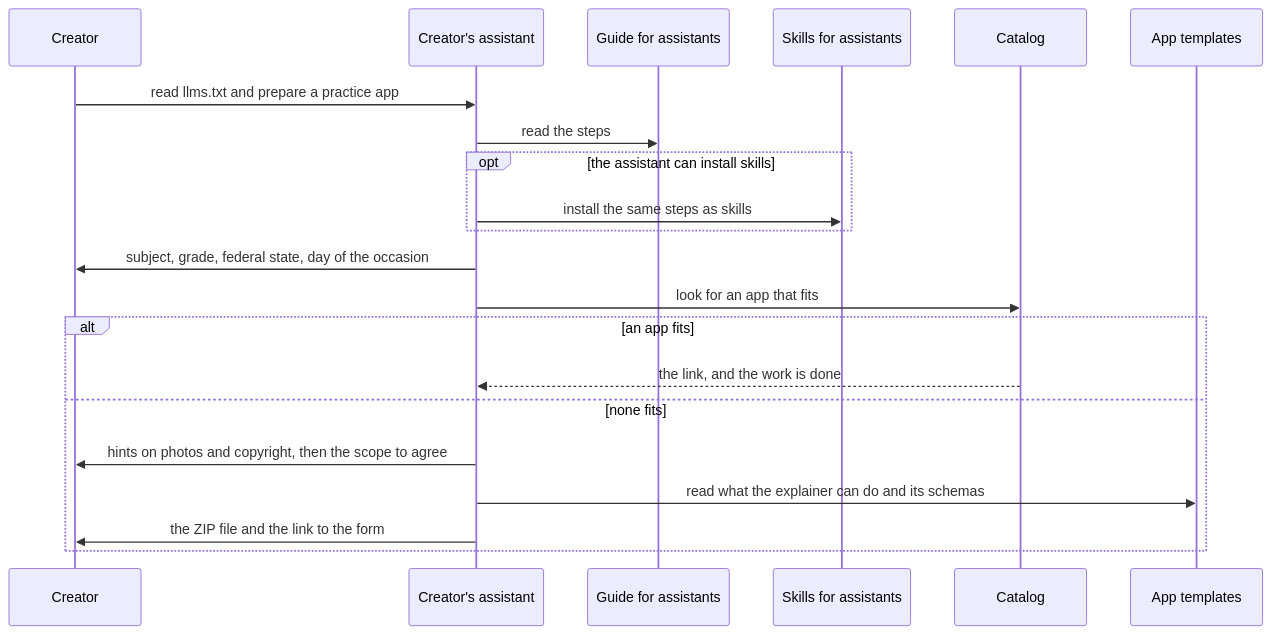
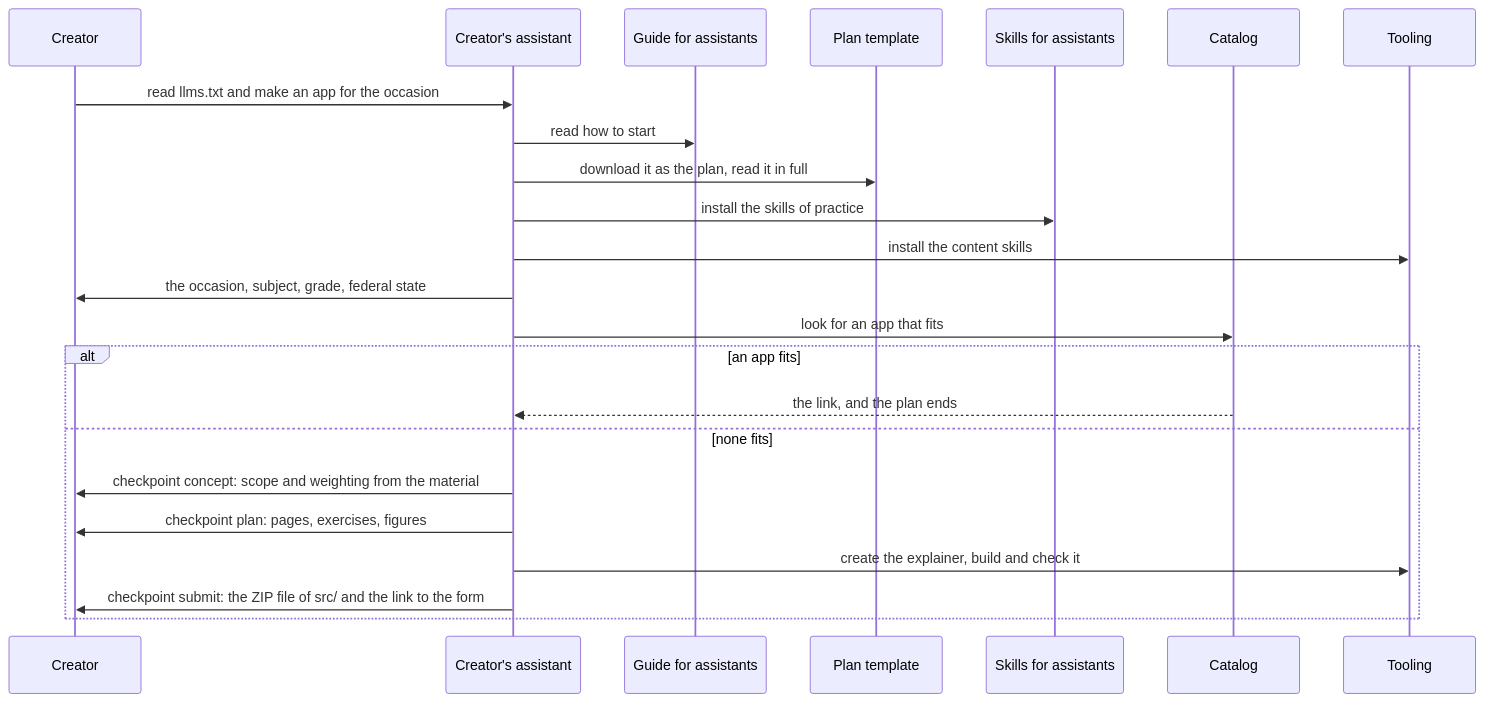
The fifth of 6 diagrams in docs/arc42/06-runtime-view.arc42.md (lernapps/practice), drawn with Mermaid before and after one commit. The commit also changed other lines of this file and 12 other files, not shown here.

First line of the commit message:
docs(architecture): content and components, SVG check, pin from tooling main, plan per phase

````diff
--- a/docs/arc42/06-runtime-view.arc42.md
+++ b/docs/arc42/06-runtime-view.arc42.md
@@ -222,23 +223,25 @@
 ```mermaid
 sequenceDiagram
     participant creator as Creator
     participant assistant as Creator's assistant
     participant guide as Guide for assistants
+    participant plan as Plan template
     participant skills as Skills for assistants
     participant catalog as Catalog
-    participant templates as App templates
-    creator->>assistant: read llms.txt and prepare a practice app
-    assistant->>guide: read the steps
-    opt the assistant can install skills
-        assistant->>skills: install the same steps as skills
-    end
-    assistant->>creator: subject, grade, federal state, day of the occasion
+    participant tooling as Tooling
+    creator->>assistant: read llms.txt and make an app for the occasion
+    assistant->>guide: read how to start
+    assistant->>plan: download it as the plan, read it in full
+    assistant->>skills: install the skills of practice
+    assistant->>tooling: install the content skills
+    assistant->>creator: the occasion, subject, grade, federal state
     assistant->>catalog: look for an app that fits
     alt an app fits
-        catalog-->>assistant: the link, and the work is done
+        catalog-->>assistant: the link, and the plan ends
     else none fits
-        assistant->>creator: hints on photos and copyright, then the scope to agree
-        assistant->>templates: read what the explainer can do and its schemas
-        assistant->>creator: the ZIP file and the link to the form
+        assistant->>creator: checkpoint concept: scope and weighting from the material
+        assistant->>creator: checkpoint plan: pages, exercises, figures
+        assistant->>tooling: create the explainer, build and check it
+        assistant->>creator: checkpoint submit: the ZIP file of src/ and the link to the form
     end
 ```
````
